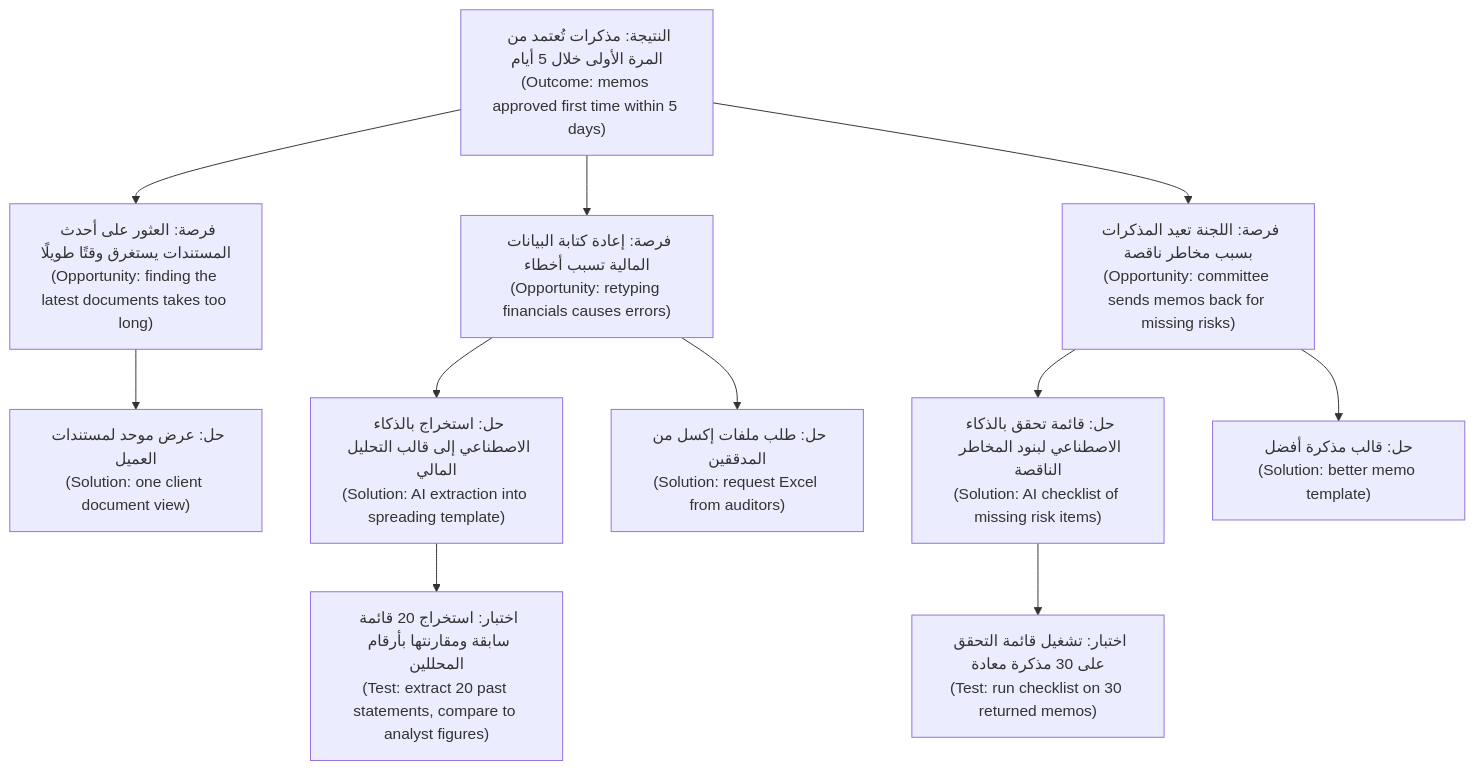
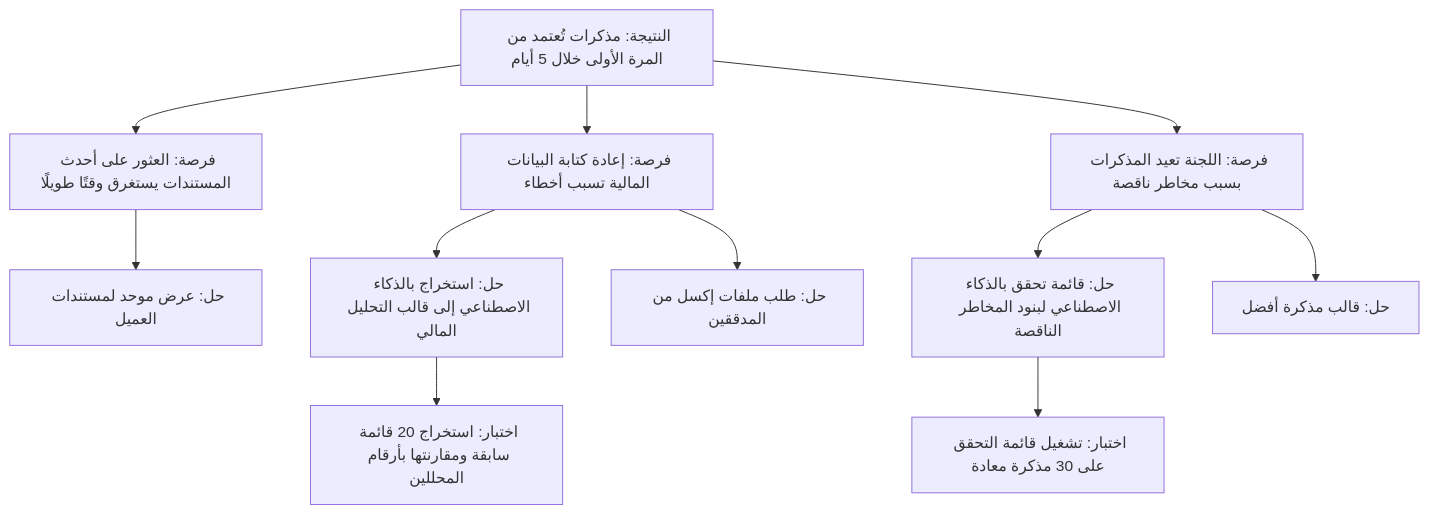
One commit to Tamoura/system-design-for-vibe-coders changed the first of 3 diagrams in aipm/modules/02-discovery.ar.md. Above: the diagram before and after it, drawn with Mermaid. The commit also changed other lines of this file and 551 other files, not shown here.

````diff
--- a/aipm/modules/02-discovery.ar.md
+++ b/aipm/modules/02-discovery.ar.md
@@ -69,13 +69,13 @@
 ```mermaid
 flowchart TD
-    O["النتيجة: مذكرات تُعتمد من المرة الأولى خلال 5 أيام<br/>(Outcome: memos approved first time within 5 days)"] --> P1["فرصة: العثور على أحدث المستندات يستغرق وقتًا طويلًا<br/>(Opportunity: finding the latest documents takes too long)"]
-    O --> P2["فرصة: إعادة كتابة البيانات المالية تسبب أخطاء<br/>(Opportunity: retyping financials causes errors)"]
-    O --> P3["فرصة: اللجنة تعيد المذكرات بسبب مخاطر ناقصة<br/>(Opportunity: committee sends memos back for missing risks)"]
-    P1 --> S1["حل: عرض موحد لمستندات العميل<br/>(Solution: one client document view)"]
-    P2 --> S2["حل: استخراج بالذكاء الاصطناعي إلى قالب التحليل المالي<br/>(Solution: AI extraction into spreading template)"]
-    P2 --> S3["حل: طلب ملفات إكسل من المدققين<br/>(Solution: request Excel from auditors)"]
-    P3 --> S4["حل: قائمة تحقق بالذكاء الاصطناعي لبنود المخاطر الناقصة<br/>(Solution: AI checklist of missing risk items)"]
-    P3 --> S5["حل: قالب مذكرة أفضل<br/>(Solution: better memo template)"]
-    S2 --> T1["اختبار: استخراج 20 قائمة سابقة ومقارنتها بأرقام المحللين<br/>(Test: extract 20 past statements, compare to analyst figures)"]
-    S4 --> T2["اختبار: تشغيل قائمة التحقق على 30 مذكرة معادة<br/>(Test: run checklist on 30 returned memos)"]
+    O["النتيجة: مذكرات تُعتمد من المرة الأولى خلال 5 أيام"] --> P1["فرصة: العثور على أحدث المستندات يستغرق وقتًا طويلًا"]
+    O --> P2["فرصة: إعادة كتابة البيانات المالية تسبب أخطاء"]
+    O --> P3["فرصة: اللجنة تعيد المذكرات بسبب مخاطر ناقصة"]
+    P1 --> S1["حل: عرض موحد لمستندات العميل"]
+    P2 --> S2["حل: استخراج بالذكاء الاصطناعي إلى قالب التحليل المالي"]
+    P2 --> S3["حل: طلب ملفات إكسل من المدققين"]
+    P3 --> S4["حل: قائمة تحقق بالذكاء الاصطناعي لبنود المخاطر الناقصة"]
+    P3 --> S5["حل: قالب مذكرة أفضل"]
+    S2 --> T1["اختبار: استخراج 20 قائمة سابقة ومقارنتها بأرقام المحللين"]
+    S4 --> T2["اختبار: تشغيل قائمة التحقق على 30 مذكرة معادة"]
 ```
````
